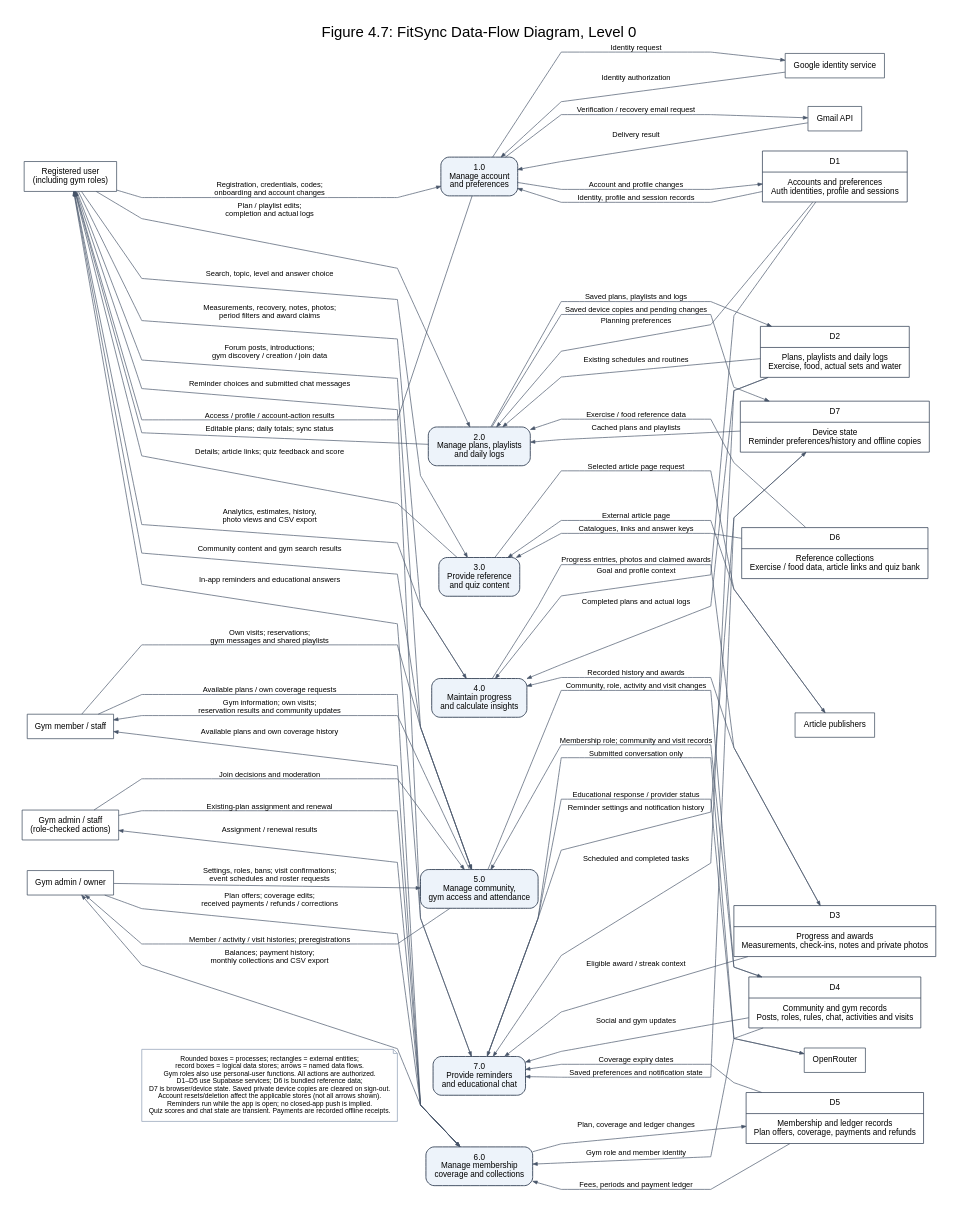
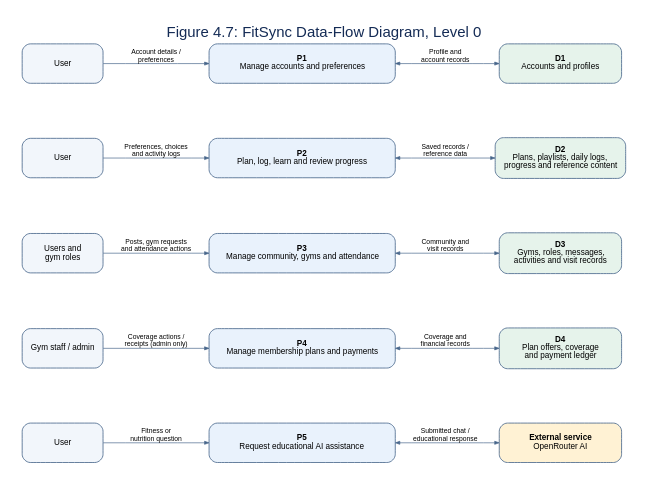
The diagram in deliverables/FitSync_System_Diagrams/Figure_4_7_DFD_Level_0.dot (AndreDizon/fitsync-app), drawn with Graphviz before and after one commit. The commit also changed 14 other files, not shown here.

Commit message:
Simplify system diagrams into sample-style overview layouts

```diff
--- a/deliverables/FitSync_System_Diagrams/Figure_4_7_DFD_Level_0.dot
+++ b/deliverables/FitSync_System_Diagrams/Figure_4_7_DFD_Level_0.dot
@@ -1,91 +1,36 @@
 digraph DataFlow {
-  graph [rankdir=LR, bgcolor=white, pad=0.35, nodesep=0.40, ranksep=0.95, splines=polyline, fontname="Arial", fontsize=22, labelloc=t, label="Figure 4.7: FitSync Data-Flow Diagram, Level 0"];
-  node [fontname="Arial", fontsize=12, color="#334155", margin="0.17,0.12"];
-  edge [fontname="Arial", fontsize=11, arrowsize=0.65, color="#475569", constraint=false];
-  user [shape=box, label="Registered user\n(including gym roles)"];
-  participant [shape=box, label="Gym member / staff"];
-  operators [shape=box, label="Gym admin / staff\n(role-checked actions)"];
-  admin [shape=box, label="Gym admin / owner"];
-  google [shape=box, label="Google identity service"];
-  gmail [shape=box, label="Gmail API"];
-  ai [shape=box, label="OpenRouter"];
-  publishers [shape=box, label="Article publishers"];
-  node [shape=box, style="rounded,filled", fillcolor="#edf3fa", penwidth=1.3];
-  p1 [label="1.0\nManage account\nand preferences"];
-  p2 [label="2.0\nManage plans, playlists\nand daily logs"];
-  p3 [label="3.0\nProvide reference\nand quiz content"];
-  p4 [label="4.0\nMaintain progress\nand calculate insights"];
-  p5 [label="5.0\nManage community,\ngym access and attendance"];
-  p6 [label="6.0\nManage membership\ncoverage and collections"];
-  p7 [label="7.0\nProvide reminders\nand educational chat"];
-  node [shape=record, style=solid, fillcolor=white, penwidth=1.1];
-  d1 [label="D1 | Accounts and preferences\nAuth identities, profile and sessions"];
-  d2 [label="D2 | Plans, playlists and daily logs\nExercise, food, actual sets and water"];
-  d3 [label="D3 | Progress and awards\nMeasurements, check-ins, notes and private photos"];
-  d4 [label="D4 | Community and gym records\nPosts, roles, rules, chat, activities and visits"];
-  d5 [label="D5 | Membership and ledger records\nPlan offers, coverage, payments and refunds"];
-  d6 [label="D6 | Reference collections\nExercise / food data, article links and quiz bank"];
-  d7 [label="D7 | Device state\nReminder preferences/history and offline copies"];
-  {rank=min; user; participant; operators; admin;}
-  {rank=same; p1; p2; p3; p4; p5; p6; p7;}
-  {rank=max; d1; d2; d3; d4; d5; d6; d7; google; gmail; ai; publishers;}
-  user -> p1 -> d1 [style=invis, constraint=true, weight=100];
-  p1 -> p2 -> p3 -> p4 -> p5 -> p6 -> p7 [style=invis, weight=30];
-  user -> p1 [label="Registration, credentials, codes;\nonboarding and account changes"];
-  p1 -> user [label="Access / profile / account-action results", constraint=false];
-  p1 -> d1 [label="Account and profile changes"];
-  d1 -> p1 [label="Identity, profile and session records", constraint=false];
-  p1 -> google [label="Identity request"];
-  google -> p1 [label="Identity authorization", constraint=false];
-  p1 -> gmail [label="Verification / recovery email request"];
-  gmail -> p1 [label="Delivery result", constraint=false];
-  user -> p2 [label="Plan / playlist edits;\ncompletion and actual logs"];
-  d1 -> p2 [label="Planning preferences"];
-  d6 -> p2 [label="Exercise / food reference data"];
-  p2 -> d2 [label="Saved plans, playlists and logs"];
-  d2 -> p2 [label="Existing schedules and routines", constraint=false];
-  p2 -> d7 [label="Saved device copies and pending changes"];
-  d7 -> p2 [label="Cached plans and playlists"];
-  p2 -> user [label="Editable plans; daily totals; sync status", constraint=false];
-  user -> p3 [label="Search, topic, level and answer choice"];
-  d6 -> p3 [label="Catalogues, links and answer keys"];
-  p3 -> user [label="Details; article links; quiz feedback and score", constraint=false];
-  p3 -> publishers [label="Selected article page request"];
-  publishers -> p3 [label="External article page", constraint=false];
-  user -> p4 [label="Measurements, recovery, notes, photos;\nperiod filters and award claims"];
-  d2 -> p4 [label="Completed plans and actual logs"];
-  d1 -> p4 [label="Goal and profile context"];
-  p4 -> d3 [label="Progress entries, photos and claimed awards"];
-  d3 -> p4 [label="Recorded history and awards", constraint=false];
-  p4 -> user [label="Analytics, estimates, history,\nphoto views and CSV export", constraint=false];
-  user -> p5 [label="Forum posts, introductions;\ngym discovery / creation / join data"];
-  participant -> p5 [label="Own visits; reservations;\ngym messages and shared playlists"];
-  operators -> p5 [label="Join decisions and moderation"];
-  admin -> p5 [label="Settings, roles, bans; visit confirmations;\nevent schedules and roster requests"];
-  p5 -> d4 [label="Community, role, activity and visit changes"];
-  d4 -> p5 [label="Membership role; community and visit records", constraint=false];
-  p5 -> user [label="Community content and gym search results", constraint=false];
-  p5 -> participant [label="Gym information; own visits;\nreservation results and community updates", constraint=false];
-  p5 -> admin [label="Member / activity / visit histories; preregistrations", constraint=false];
-  operators -> p6 [label="Existing-plan assignment and renewal"];
-  admin -> p6 [label="Plan offers; coverage edits;\nreceived payments / refunds / corrections"];
-  participant -> p6 [label="Available plans / own coverage requests"];
-  d4 -> p6 [label="Gym role and member identity"];
-  p6 -> d5 [label="Plan, coverage and ledger changes"];
-  d5 -> p6 [label="Fees, periods and payment ledger", constraint=false];
-  p6 -> participant [label="Available plans and own coverage history", constraint=false];
-  p6 -> operators [label="Assignment / renewal results", constraint=false];
-  p6 -> admin [label="Balances; payment history;\nmonthly collections and CSV export", constraint=false];
-  user -> p7 [label="Reminder choices and submitted chat messages"];
-  d2 -> p7 [label="Scheduled and completed tasks"];
-  d3 -> p7 [label="Eligible award / streak context"];
-  d4 -> p7 [label="Social and gym updates"];
-  d5 -> p7 [label="Coverage expiry dates"];
-  p7 -> d7 [label="Reminder settings and notification history"];
-  d7 -> p7 [label="Saved preferences and notification state", constraint=false];
-  p7 -> ai [label="Submitted conversation only"];
-  ai -> p7 [label="Educational response / provider status", constraint=false];
-  p7 -> user [label="In-app reminders and educational answers", constraint=false];
-  note [shape=note, style=solid, fontsize=10, label="Rounded boxes = processes; rectangles = external entities;\nrecord boxes = logical data stores; arrows = named data flows.\nGym roles also use personal-user functions. All actions are authorized.\nD1–D5 use Supabase services; D6 is bundled reference data;\nD7 is browser/device state. Saved private device copies are cleared on sign-out.\nAccount resets/deletion affect the applicable stores (not all arrows shown).\nReminders run while the app is open; no closed-app push is implied.\nQuiz scores and chat state are transient. Payments are recorded offline receipts.", color="#94a3b8"];
-  p7 -> note [style=invis];
+  graph [rankdir=LR, bgcolor=white, pad=0.35, nodesep=0.55, ranksep=0.75, splines=line, fontname="Arial", fontsize=22, fontcolor="#142b55", labelloc=t, label="Figure 4.7: FitSync Data-Flow Diagram, Level 0"];
+  node [shape=box, style="rounded,filled", fontname="Arial", fontsize=12, color="#47658a", penwidth=1.2, margin="0.18,0.16", height=0.8];
+  edge [fontname="Arial", fontsize=10, color="#47658a", arrowsize=0.65];
+  u1 [fillcolor="#f2f6fb", label="User", width=1.65, group="row1"];
+  u2 [fillcolor="#f2f6fb", label="User", width=1.65, group="row2"];
+  u3 [fillcolor="#f2f6fb", label="Users and\ngym roles", width=1.65, group="row3"];
+  u4 [fillcolor="#f2f6fb", label="Gym staff / admin", width=1.65, group="row4"];
+  u5 [fillcolor="#f2f6fb", label="User", width=1.65, group="row5"];
+  {rank=same; u1; u2; u3; u4; u5;}
+  p1 [fillcolor="#e9f2fc", group="row1", label=<<B>P1</B><BR/>Manage accounts and preferences>, width=3.8];
+  p2 [fillcolor="#e9f2fc", group="row2", label=<<B>P2</B><BR/>Plan, log, learn and review progress>, width=3.8];
+  p3 [fillcolor="#e9f2fc", group="row3", label=<<B>P3</B><BR/>Manage community, gyms and attendance>, width=3.8];
+  p4 [fillcolor="#e9f2fc", group="row4", label=<<B>P4</B><BR/>Manage membership plans and payments>, width=3.8];
+  p5 [fillcolor="#e9f2fc", group="row5", label=<<B>P5</B><BR/>Request educational AI assistance>, width=3.8];
+  {rank=same; p1; p2; p3; p4; p5;}
+  d1 [fillcolor="#e6f3eb", group="row1", label=<<B>D1</B><BR/>Accounts and profiles>, width=2.5];
+  d2 [fillcolor="#e6f3eb", group="row2", label=<<B>D2</B><BR/>Plans, playlists, daily logs,<BR/>progress and reference content>, width=2.5];
+  d3 [fillcolor="#e6f3eb", group="row3", label=<<B>D3</B><BR/>Gyms, roles, messages,<BR/>activities and visit records>, width=2.5];
+  d4 [fillcolor="#e6f3eb", group="row4", label=<<B>D4</B><BR/>Plan offers, coverage<BR/>and payment ledger>, width=2.5];
+  ai [fillcolor="#fff2d4", group="row5", label=<<B>External service</B><BR/>OpenRouter AI>, width=2.5];
+  {rank=same; d1; d2; d3; d4; ai;}
+  u1 -> p1 [label="Account details /\npreferences"];
+  p1 -> d1 [dir=both, label="Profile and\naccount records"];
+  u2 -> p2 [label="Preferences, choices\nand activity logs"];
+  p2 -> d2 [dir=both, label="Saved records /\nreference data"];
+  u3 -> p3 [label="Posts, gym requests\nand attendance actions"];
+  p3 -> d3 [dir=both, label="Community and\nvisit records"];
+  u4 -> p4 [label="Coverage actions /\nreceipts (admin only)"];
+  p4 -> d4 [dir=both, label="Coverage and\nfinancial records"];
+  u5 -> p5 [label="Fitness or\nnutrition question"];
+  p5 -> ai [dir=both, label="Submitted chat /\neducational response"];
+  u1 -> u2 -> u3 -> u4 -> u5 [style=invis];
+  p1 -> p2 -> p3 -> p4 -> p5 [style=invis];
+  d1 -> d2 -> d3 -> d4 -> ai [style=invis];
 }
```
